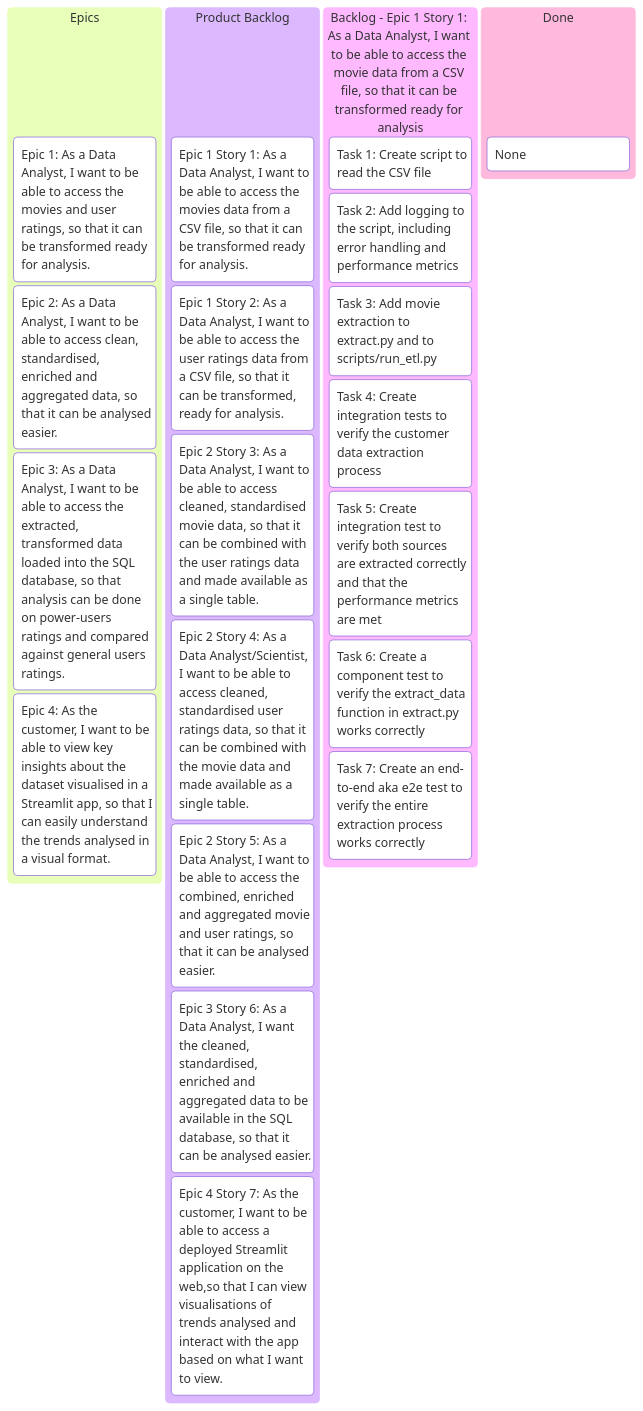
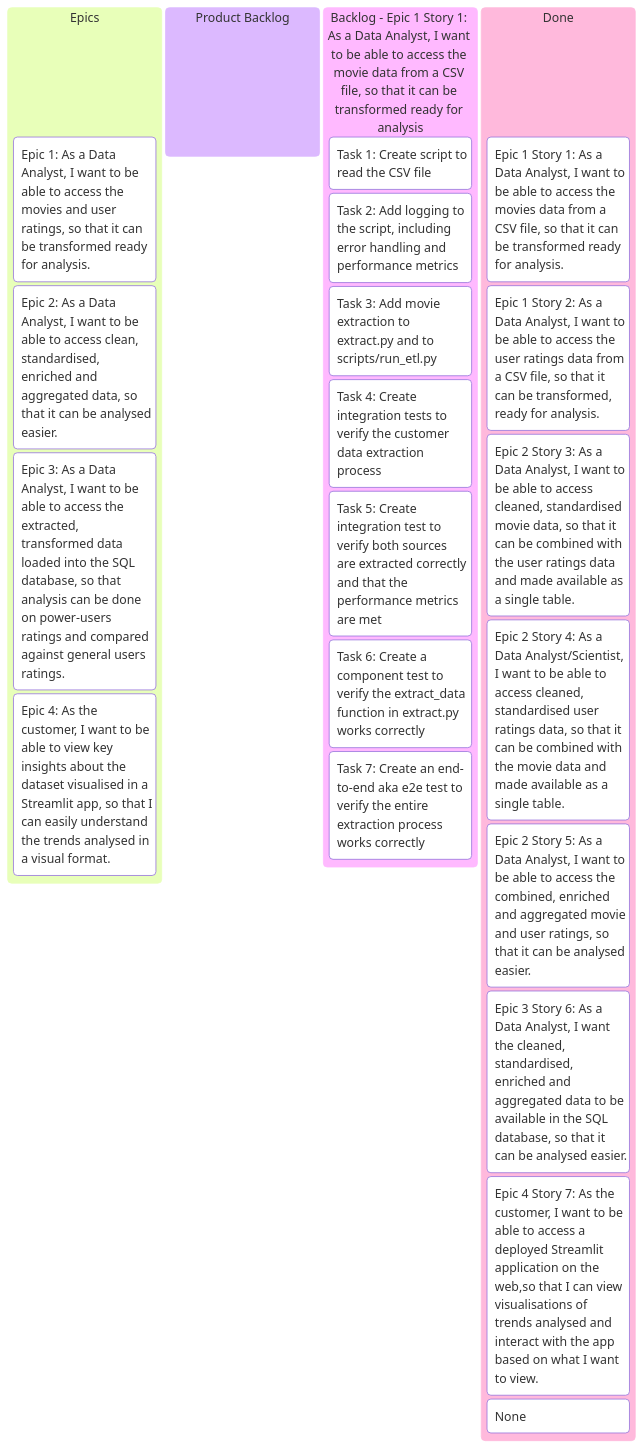
One commit to budaejji/Letterboxd-Capstone changed the diagram in README.md. Above: the diagram before and after it, drawn with Mermaid. The commit also changed other lines of this file, not shown here.

````diff
--- a/README.md
+++ b/README.md
@@ -275,26 +275,26 @@
 ```mermaid
 kanban
     Epics
         (Epic 1: As a Data Analyst, I want to be able to access the movies and user ratings, so that it can be transformed ready for analysis.)
         (Epic 2: As a Data Analyst, I want to be able to access clean, standardised, enriched and aggregated data, so that it can be analysed easier.)
         (Epic 3: As a Data Analyst, I want to be able to access the extracted, transformed data loaded into the SQL database, so that analysis can be done on power-users ratings and compared against general users ratings.)
         (Epic 4: As the customer, I want to be able to view key insights about the dataset visualised in a Streamlit app, so that I can easily understand the trends analysed in a visual format.)
     Product Backlog
-        (Epic 1 Story 1: As a Data Analyst, I want to be able to access the movies data from a CSV file, so that it can be transformed ready for analysis.)
-        (Epic 1 Story 2: As a Data Analyst, I want to be able to access the user ratings data from a CSV file, so that it can be transformed, ready for analysis.)
-        (Epic 2 Story 3: As a Data Analyst, I want to be able to access cleaned, standardised movie data, so that it can be combined with the user ratings data and made available as a single table.)
-        (Epic 2 Story 4: As a Data Analyst/Scientist, I want to be able to access cleaned, standardised user ratings data, so that it can be combined with the movie data and made available as a single table.)
-        (Epic 2 Story 5: As a Data Analyst, I want to be able to access the combined, enriched and aggregated movie and user ratings, so that it can be analysed easier.)
-        (Epic 3 Story 6: As a Data Analyst, I want the cleaned, standardised, enriched and aggregated data to be available in the SQL database, so that it can be analysed easier.)
-        (Epic 4 Story 7: As the customer, I want to be able to access a deployed Streamlit application on the web,so that I can view visualisations of trends analysed and interact with the app based on what I want to view.)
     (Backlog - Epic 1 Story 1: As a Data Analyst, I want to be able to access the movie data from a CSV file, so that it can be transformed ready for analysis)
         Task 1: Create script to read the CSV file
         Task 2: Add logging to the script, including error handling and performance metrics
         Task 3: Add movie extraction to extract.py and to scripts/run_etl.py
         Task 4: Create integration tests to verify the customer data extraction process
         Task 5: Create integration test to verify both sources are extracted correctly and that the performance metrics are met
         Task 6: Create a component test to verify the extract_data function in extract.py works correctly
         Task 7: Create an end-to-end aka e2e test to verify the entire extraction process works correctly
     Done
+        (Epic 1 Story 1: As a Data Analyst, I want to be able to access the movies data from a CSV file, so that it can be transformed ready for analysis.)
+        (Epic 1 Story 2: As a Data Analyst, I want to be able to access the user ratings data from a CSV file, so that it can be transformed, ready for analysis.)
+        (Epic 2 Story 3: As a Data Analyst, I want to be able to access cleaned, standardised movie data, so that it can be combined with the user ratings data and made available as a single table.)
+        (Epic 2 Story 4: As a Data Analyst/Scientist, I want to be able to access cleaned, standardised user ratings data, so that it can be combined with the movie data and made available as a single table.)
+        (Epic 2 Story 5: As a Data Analyst, I want to be able to access the combined, enriched and aggregated movie and user ratings, so that it can be analysed easier.)
+        (Epic 3 Story 6: As a Data Analyst, I want the cleaned, standardised, enriched and aggregated data to be available in the SQL database, so that it can be analysed easier.)
+        (Epic 4 Story 7: As the customer, I want to be able to access a deployed Streamlit application on the web,so that I can view visualisations of trends analysed and interact with the app based on what I want to view.)
         None
 ```
````
